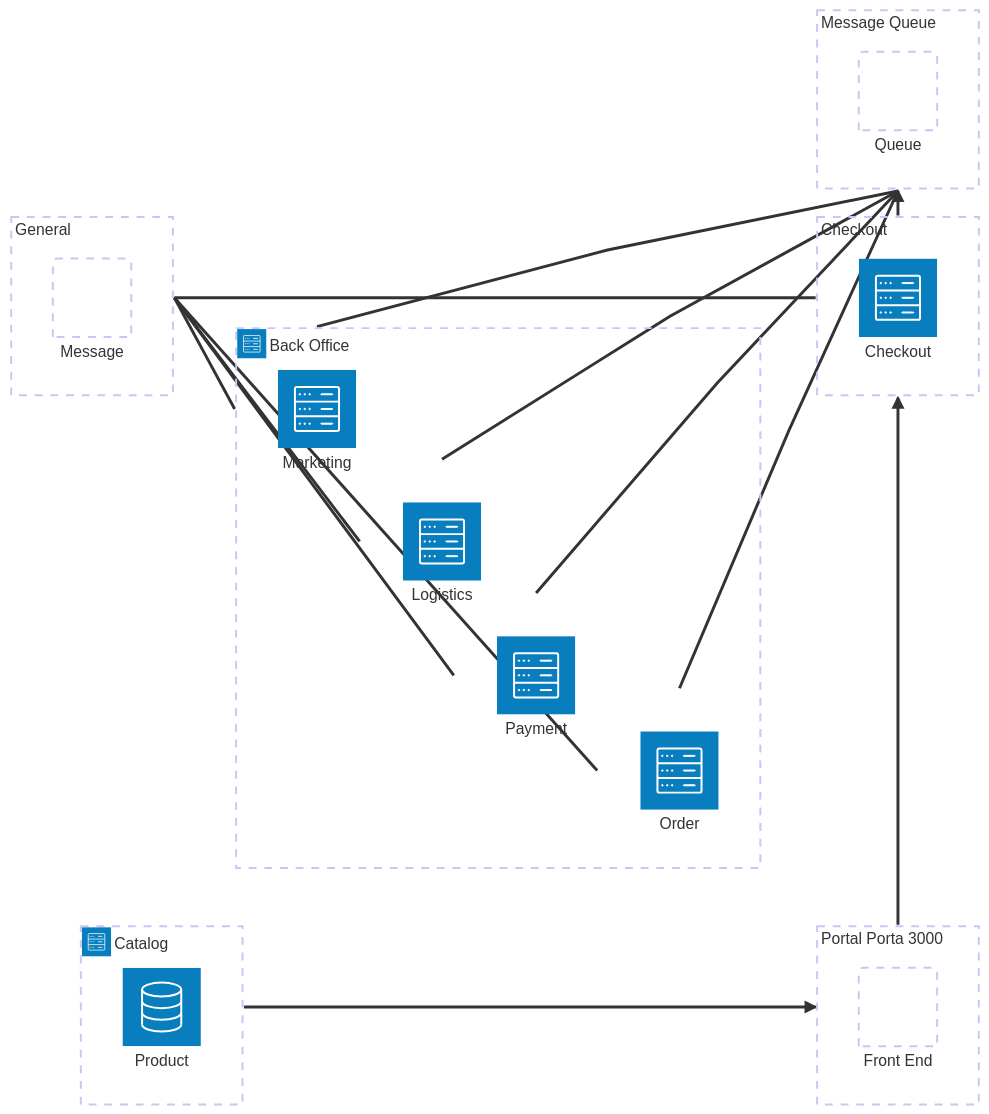
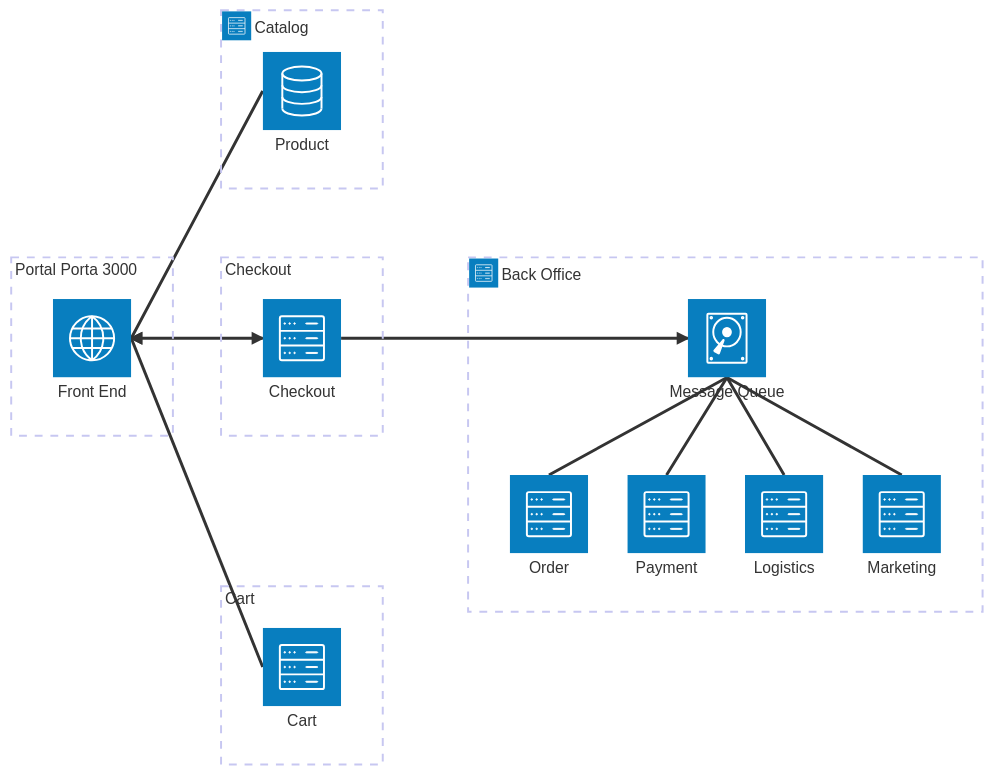
One commit to Ngofilho/Architecture changed the diagram in XuPasseios/README.md. Above: the diagram before and after it, drawn with Mermaid.

Commit message:
Refactor README.md to update architecture diagram

````diff
--- a/XuPasseios/README.md
+++ b/XuPasseios/README.md
@@ -4,40 +4,35 @@
 ```mermaid
 architecture-beta
+	group frontend[Portal Porta 3000]
+	service frontend2(internet)[Front End] in frontend
 
-	group messagequeue[Message Queue]
+	group catalog(server)[Catalog]
+	service products(database)[Product] in catalog	
+
+	group checkout[Checkout]
+	service checkout2(server)[Checkout] in checkout
+
+	group cart[Cart]
+	service cart2(server)[Cart] in cart		
+	
 	group backoffice(server)[Back Office]
-	group common[General]
-	group frontend[Portal Porta 3000]
-	group catalog(server)[Catalog]
-	group checkout[Checkout]
-	
-	service messagequeueService[Queue] in messagequeue
-	service frontend2[Front End] in frontend
-
 	service order(server)[Order] in backoffice
 	service payment(server)[Payment] in backoffice
 	service logistics(server)[Logistics] in backoffice
 	service marketing(server)[Marketing] in backoffice
-	service checkout2(server)[Checkout] in checkout
-	service products(database)[Product] in catalog
-	
-	service message[Message] in common		
+	service queue(disk)[Message Queue] in backoffice
 
-	frontend2{group}:T --> B:checkout2{group}
+	frontend2:R <-- L:products
+	frontend2:R <--> L:checkout2
+	frontend2:R -- L:cart2
+	checkout2:R --> L:queue
+	queue:B -- T:order
+	queue:B -- T:payment
+	queue:B -- T:logistics
+	queue:B -- T:marketing
 
-	message{group}:R -- L:order{group}
-	message{group}:R -- L:logistics{group}
-	message{group}:R -- L:marketing{group}
-    message{group}:R -- L:payment{group}
-	message{group}:R -- L:checkout2{group}
-	messagequeueService{group}:B -- T:payment{group}
-	messagequeueService{group}:B -- T:order{group}
-	messagequeueService{group}:B -- T:logistics{group}
-	messagequeueService{group}:B -- T:marketing{group}
+	align column products checkout2 cart2
+	align row	frontend2 checkout2 queue
 
-	
-
-	checkout2{group}:T --> B:messagequeueService{group}
-	products{group}:R --> L:frontend2{group}
-
+	align row order payment logistics marketing
 ```
````
